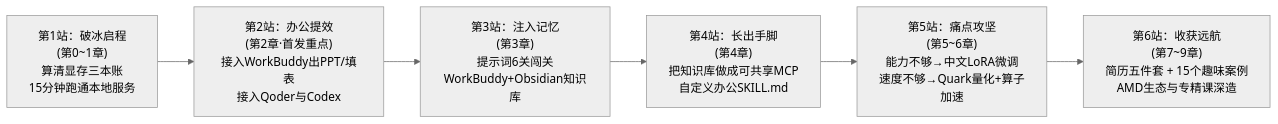
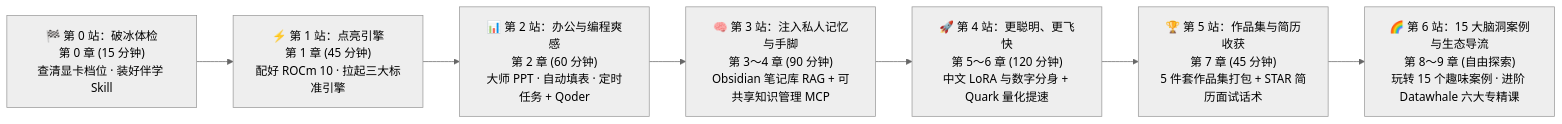
Before and after one commit to datawhalechina/hello-rocm: the diagram in docs/zh/00-guide/index.md, drawn with Mermaid (neutral theme). The commit also changed other lines of this file and 233 other files, not shown here.

````diff
--- a/docs/zh/00-guide/index.md
+++ b/docs/zh/00-guide/index.md
@@ -28,8 +44,9 @@
 ```mermaid
 flowchart LR
-    S1["第1站：破冰启程<br/>(第0~1章)<br/>算清显存三本账<br/>15分钟跑通本地服务"] --> S2["第2站：办公提效<br/>(第2章·首发重点)<br/>接入WorkBuddy出PPT/填表<br/>接入Qoder与Codex"]
-    S2 --> S3["第3站：注入记忆<br/>(第3章)<br/>提示词6关闯关<br/>WorkBuddy+Obsidian知识库"]
-    S3 --> S4["第4站：长出手脚<br/>(第4章)<br/>把知识库做成可共享MCP<br/>自定义办公SKILL.md"]
-    S4 --> S5["第5站：痛点攻坚<br/>(第5~6章)<br/>能力不够→中文LoRA微调<br/>速度不够→Quark量化+算子加速"]
-    S5 --> S6["第6站：收获远航<br/>(第7~9章)<br/>简历五件套 + 15个趣味案例<br/>AMD生态与专精课深造"]
+    S0["🏁 第 0 站：破冰体检<br/>第 0 章 (15 分钟)<br/>查清显卡档位 · 装好伴学 Skill"] --> S1["⚡ 第 1 站：点亮引擎<br/>第 1 章 (45 分钟)<br/>配好 ROCm 10 · 拉起三大标准引擎"]
+    S1 --> S2["📊 第 2 站：办公与编程爽感<br/>第 2 章 (60 分钟)<br/>大师 PPT · 自动填表 · 定时任务 + Qoder"]
+    S2 --> S3["🧠 第 3 站：注入私人记忆与手脚<br/>第 3～4 章 (90 分钟)<br/>Obsidian 笔记库 RAG + 可共享知识管理 MCP"]
+    S3 --> S4["🚀 第 4 站：更聪明、更飞快<br/>第 5～6 章 (120 分钟)<br/>中文 LoRA 与数字分身 + Quark 量化提速"]
+    S4 --> S5["🏆 第 5 站：作品集与简历收获<br/>第 7 章 (45 分钟)<br/>5 件套作品集打包 + STAR 简历面试话术"]
+    S5 --> S6["🌈 第 6 站：15 大脑洞案例与生态导流<br/>第 8～9 章 (自由探索)<br/>玩转 15 个趣味案例 · 进阶 Datawhale 六大专精课"]
 ```
````
